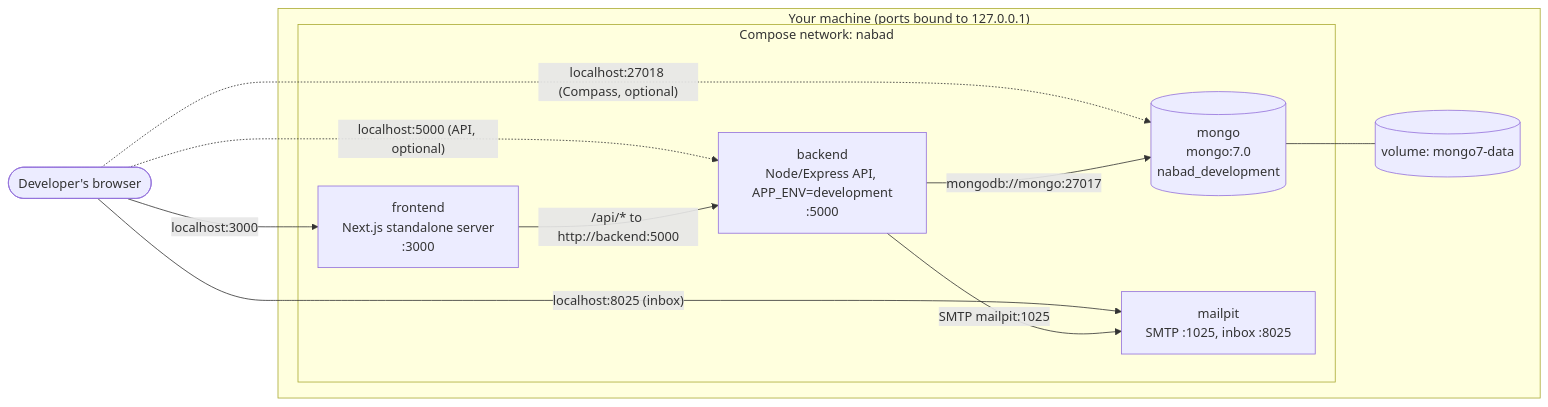
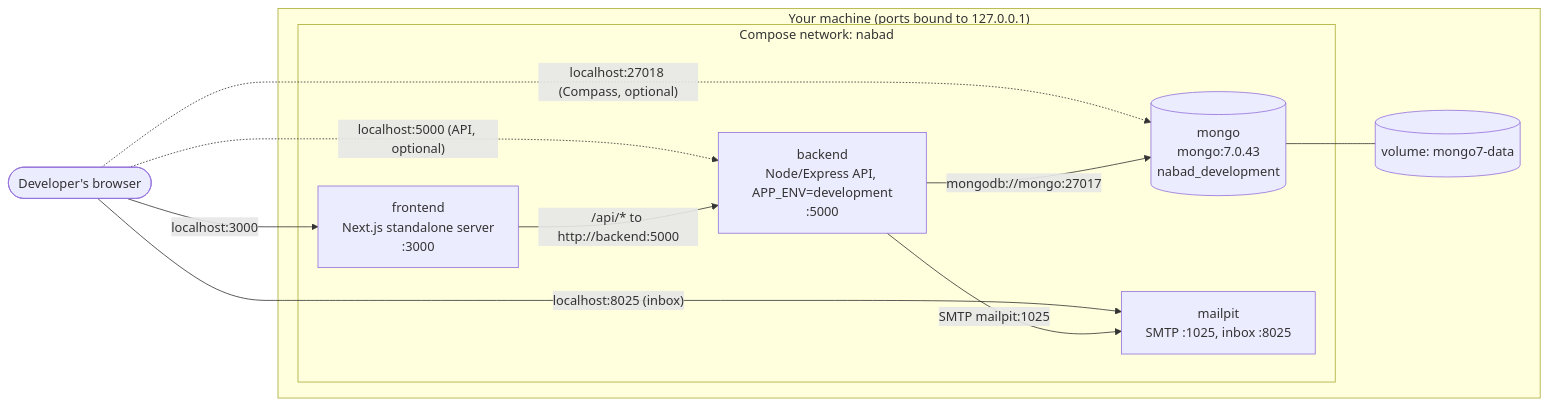
One commit to Nabad-team/Nabad changed the second of 3 diagrams in docs/architecture.md. Above: the diagram before and after it, drawn with Mermaid. The commit also changed 14 other files, not shown here.

````diff
--- a/docs/architecture.md
+++ b/docs/architecture.md
@@ -69,23 +69,23 @@
 ```mermaid
 flowchart LR
     dev(["Developer's browser"])
 
     subgraph host["Your machine (ports bound to 127.0.0.1)"]
         subgraph net["Compose network: nabad"]
             frontend["frontend<br/>Next.js standalone server<br/>:3000"]
             backend["backend<br/>Node/Express API, APP_ENV=development<br/>:5000"]
-            mongo[("mongo<br/>mongo:7.0<br/>nabad_development")]
+            mongo[("mongo<br/>mongo:7.0.43<br/>nabad_development")]
             mailpit["mailpit<br/>SMTP :1025, inbox :8025"]
         end
         vol[("volume: mongo7-data")]
     end
 
     dev -- "localhost:3000" --> frontend
     dev -- "localhost:8025 (inbox)" --> mailpit
     dev -. "localhost:5000 (API, optional)" .-> backend
     dev -. "localhost:27018 (Compass, optional)" .-> mongo
     frontend -- "/api/* to http://backend:5000" --> backend
     backend -- "mongodb://mongo:27017" --> mongo
     backend -- "SMTP mailpit:1025" --> mailpit
     mongo --- vol
 ```
````
